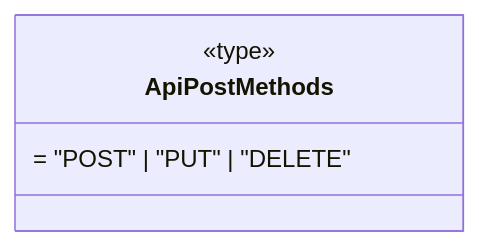
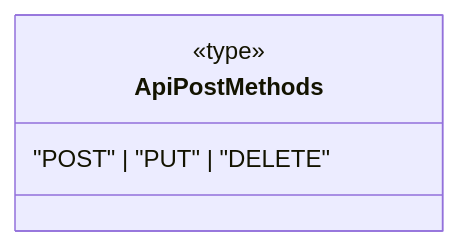
One commit to vvk2020/weblarek changed the first of 11 diagrams in README.md. Above: the diagram before and after it, drawn with Mermaid.

````diff
--- a/README.md
+++ b/README.md
@@ -123,7 +123,7 @@
 ```mermaid
 classDiagram
     class ApiPostMethods {
         <<type>>
-        = "POST" | "PUT" | "DELETE"
+        "POST" | "PUT" | "DELETE"
     }
 ```
````
